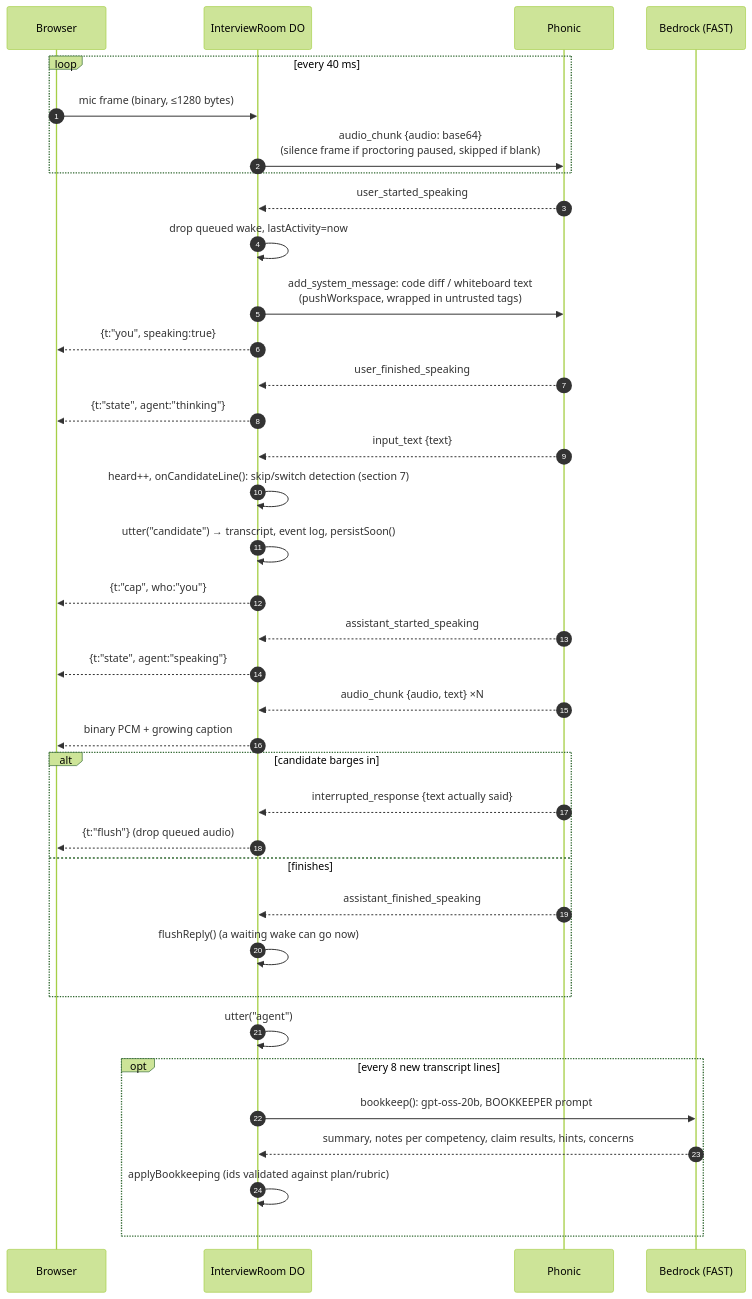
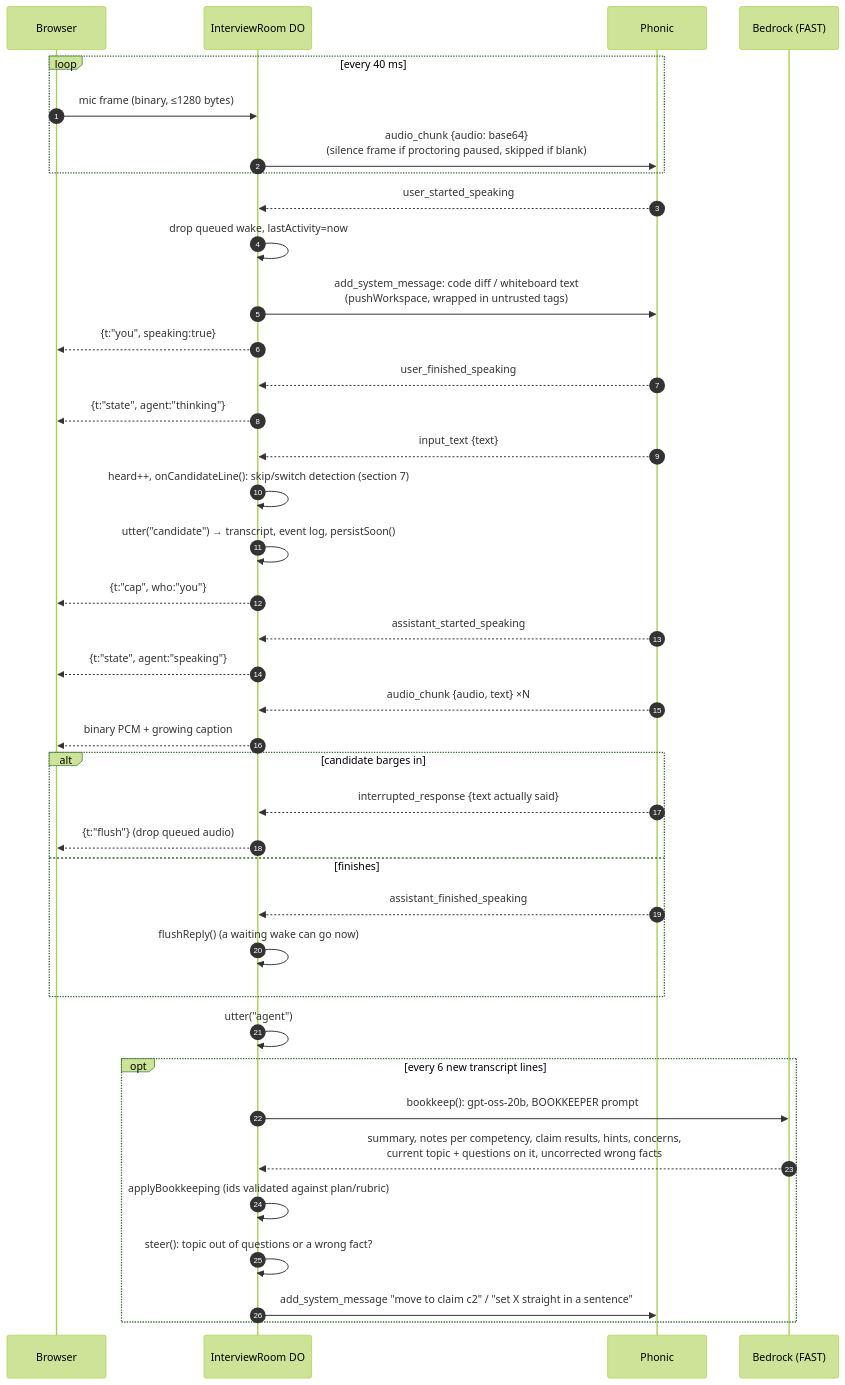
The fourth of 12 diagrams in docs/ai-interview-flow.md (GitNimay/HirelyAi), drawn with Mermaid (forest theme) before and after one commit. The commit also changed other lines of this file and 7 other files, not shown here.

````diff
--- a/docs/ai-interview-flow.md
+++ b/docs/ai-interview-flow.md
@@ -149,40 +149,42 @@
 ```mermaid
 sequenceDiagram
     autonumber
     participant B as Browser
     participant DO as InterviewRoom DO
     participant P as Phonic
     participant BR as Bedrock (FAST)
 
     loop every 40 ms
         B->>DO: mic frame (binary, ≤1280 bytes)
         DO->>P: audio_chunk {audio: base64}<br/>(silence frame if proctoring paused, skipped if blank)
     end
     P-->>DO: user_started_speaking
     DO->>DO: drop queued wake, lastActivity=now
     DO->>P: add_system_message: code diff / whiteboard text<br/>(pushWorkspace, wrapped in untrusted tags)
     DO-->>B: {t:"you", speaking:true}
     P-->>DO: user_finished_speaking
     DO-->>B: {t:"state", agent:"thinking"}
     P-->>DO: input_text {text}
     DO->>DO: heard++, onCandidateLine(): skip/switch detection (section 7)
     DO->>DO: utter("candidate") → transcript, event log, persistSoon()
     DO-->>B: {t:"cap", who:"you"}
     P-->>DO: assistant_started_speaking
     DO-->>B: {t:"state", agent:"speaking"}
     P-->>DO: audio_chunk {audio, text} ×N
     DO-->>B: binary PCM + growing caption
     alt candidate barges in
         P-->>DO: interrupted_response {text actually said}
         DO-->>B: {t:"flush"} (drop queued audio)
     else finishes
         P-->>DO: assistant_finished_speaking
         DO->>DO: flushReply() (a waiting wake can go now)
     end
     DO->>DO: utter("agent")
-    opt every 8 new transcript lines
+    opt every 6 new transcript lines
         DO->>BR: bookkeep(): gpt-oss-20b, BOOKKEEPER prompt
-        BR-->>DO: summary, notes per competency, claim results, hints, concerns
+        BR-->>DO: summary, notes per competency, claim results, hints, concerns,<br/>current topic + questions on it, uncorrected wrong facts
         DO->>DO: applyBookkeeping (ids validated against plan/rubric)
+        DO->>DO: steer(): topic out of questions or a wrong fact?
+        DO->>P: add_system_message "move to claim c2" / "set X straight in a sentence"
     end
 ```
````
